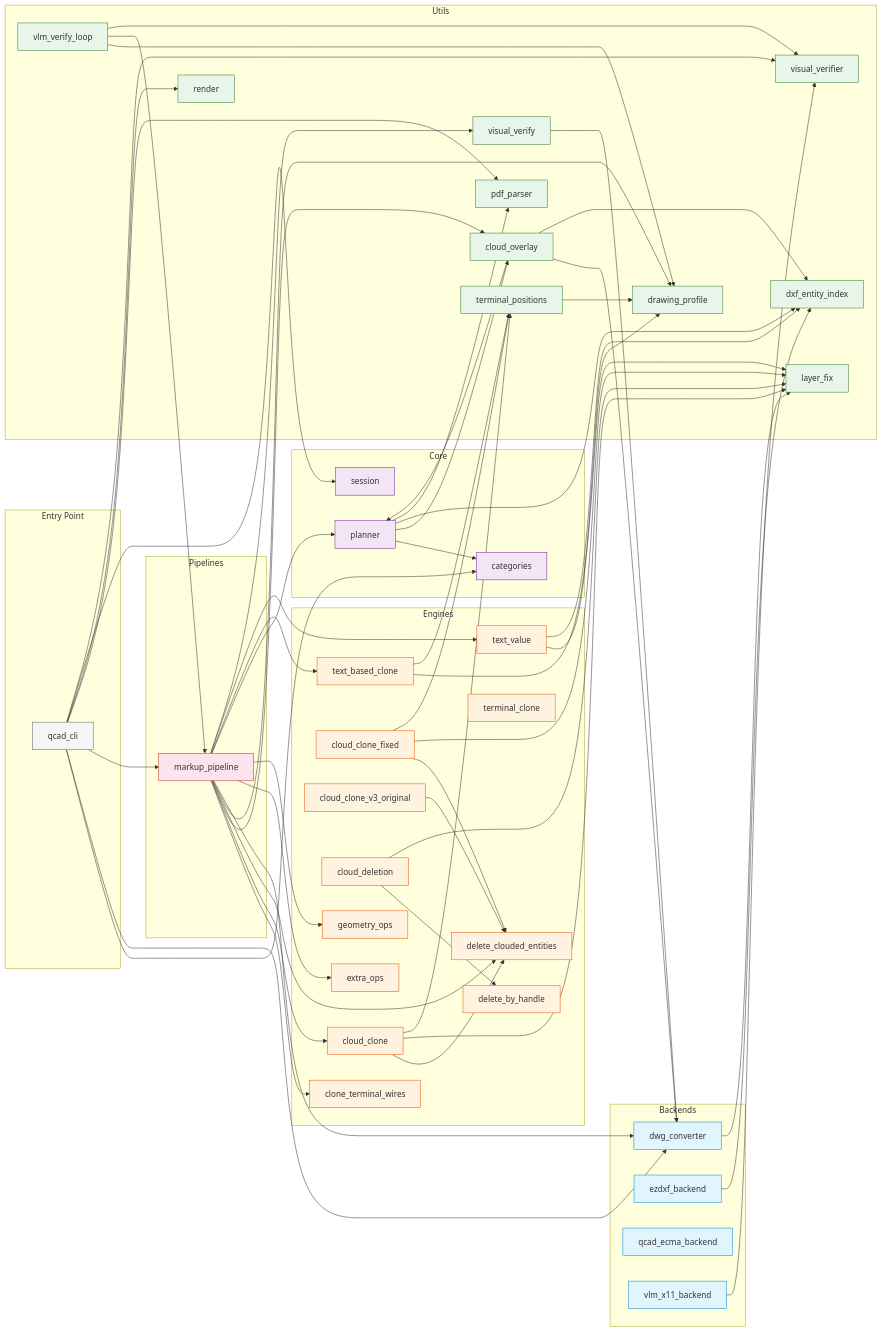
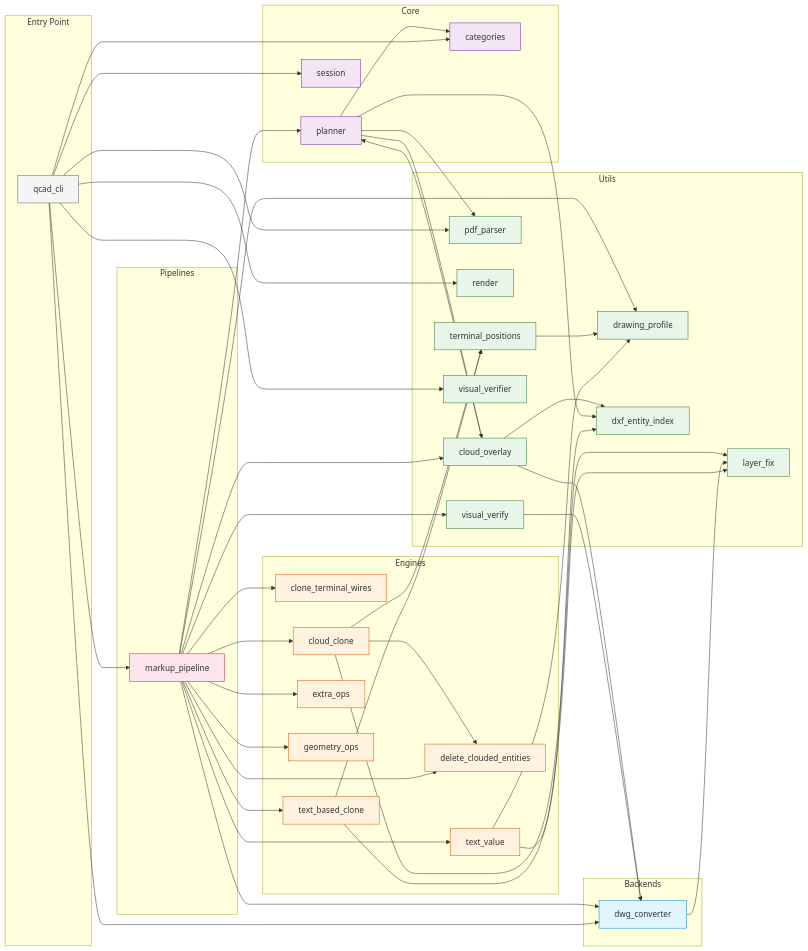
The diagram in MODULE_GRAPH.md (LIGHTSPEED1699/cli-anything-qcad), drawn with Mermaid before and after one commit. The commit also changed other lines of this file and 163 other files, not shown here.

````diff
--- a/MODULE_GRAPH.md
+++ b/MODULE_GRAPH.md
@@ -5,9 +5,6 @@
 
     subgraph backends[Backends]
         dwg_converter[dwg_converter]
-        ezdxf_backend[ezdxf_backend]
-        qcad_ecma_backend[qcad_ecma_backend]
-        vlm_x11_backend[vlm_x11_backend]
     end
 
     subgraph core[Core]
@@ -19,14 +16,9 @@
     subgraph engines[Engines]
         clone_terminal_wires[clone_terminal_wires]
         cloud_clone[cloud_clone]
-        cloud_clone_fixed[cloud_clone_fixed]
-        cloud_clone_v3_original[cloud_clone_v3_original]
-        cloud_deletion[cloud_deletion]
-        delete_by_handle[delete_by_handle]
         delete_clouded_entities[delete_clouded_entities]
         extra_ops[extra_ops]
         geometry_ops[geometry_ops]
-        terminal_clone[terminal_clone]
         text_based_clone[text_based_clone]
         text_value[text_value]
     end
@@ -41,7 +33,6 @@
         terminal_positions[terminal_positions]
         visual_verifier[visual_verifier]
         visual_verify[visual_verify]
-        vlm_verify_loop[vlm_verify_loop]
     end
 
     subgraph pipelines[Pipelines]
@@ -55,17 +46,10 @@
     cloud_clone --> delete_clouded_entities
     cloud_clone --> layer_fix
     cloud_clone --> terminal_positions
-    cloud_clone_fixed --> delete_clouded_entities
-    cloud_clone_fixed --> layer_fix
-    cloud_clone_fixed --> terminal_positions
-    cloud_clone_v3_original --> delete_clouded_entities
-    cloud_deletion --> delete_by_handle
-    cloud_deletion --> layer_fix
     cloud_overlay --> dwg_converter
     cloud_overlay --> dxf_entity_index
     cloud_overlay --> planner
     dwg_converter --> layer_fix
-    ezdxf_backend --> dxf_entity_index
     markup_pipeline --> clone_terminal_wires
     markup_pipeline --> cloud_clone
     markup_pipeline --> cloud_overlay
@@ -95,10 +79,6 @@
     text_value --> drawing_profile
     text_value --> dxf_entity_index
     visual_verify --> dwg_converter
-    vlm_verify_loop --> drawing_profile
-    vlm_verify_loop --> markup_pipeline
-    vlm_verify_loop --> visual_verifier
-    vlm_x11_backend --> visual_verifier
 
     classDef backends fill:#e1f5fe,stroke:#0288d1
     classDef core fill:#f3e5f5,stroke:#7b1fa2
@@ -108,22 +88,14 @@
     classDef other fill:#f5f5f5,stroke:#616161
 
     class dwg_converter backends
-    class ezdxf_backend backends
-    class qcad_ecma_backend backends
-    class vlm_x11_backend backends
     class categories core
     class planner core
     class session core
     class clone_terminal_wires engines
     class cloud_clone engines
-    class cloud_clone_fixed engines
-    class cloud_clone_v3_original engines
-    class cloud_deletion engines
-    class delete_by_handle engines
     class delete_clouded_entities engines
     class extra_ops engines
     class geometry_ops engines
-    class terminal_clone engines
     class text_based_clone engines
     class text_value engines
     class cloud_overlay utils
@@ -135,7 +107,6 @@
     class terminal_positions utils
     class visual_verifier utils
     class visual_verify utils
-    class vlm_verify_loop utils
     class markup_pipeline pipelines
     class qcad_cli other
 ```
````
